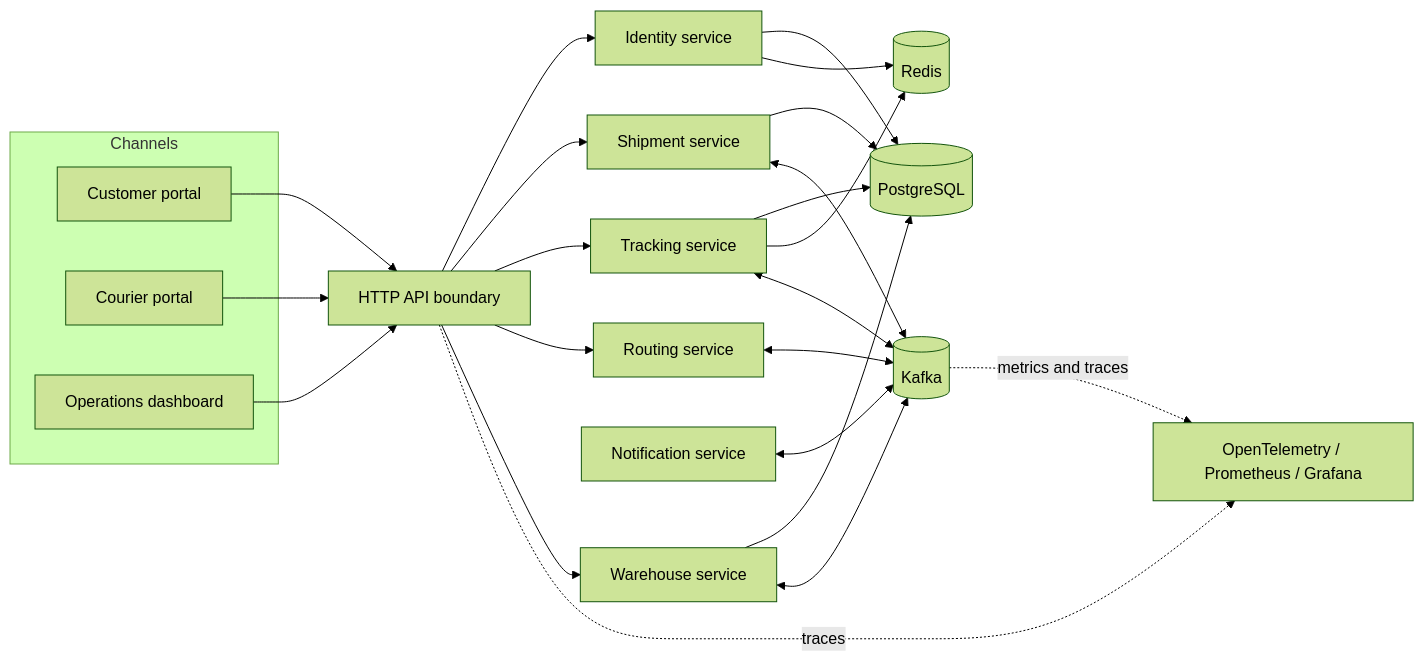
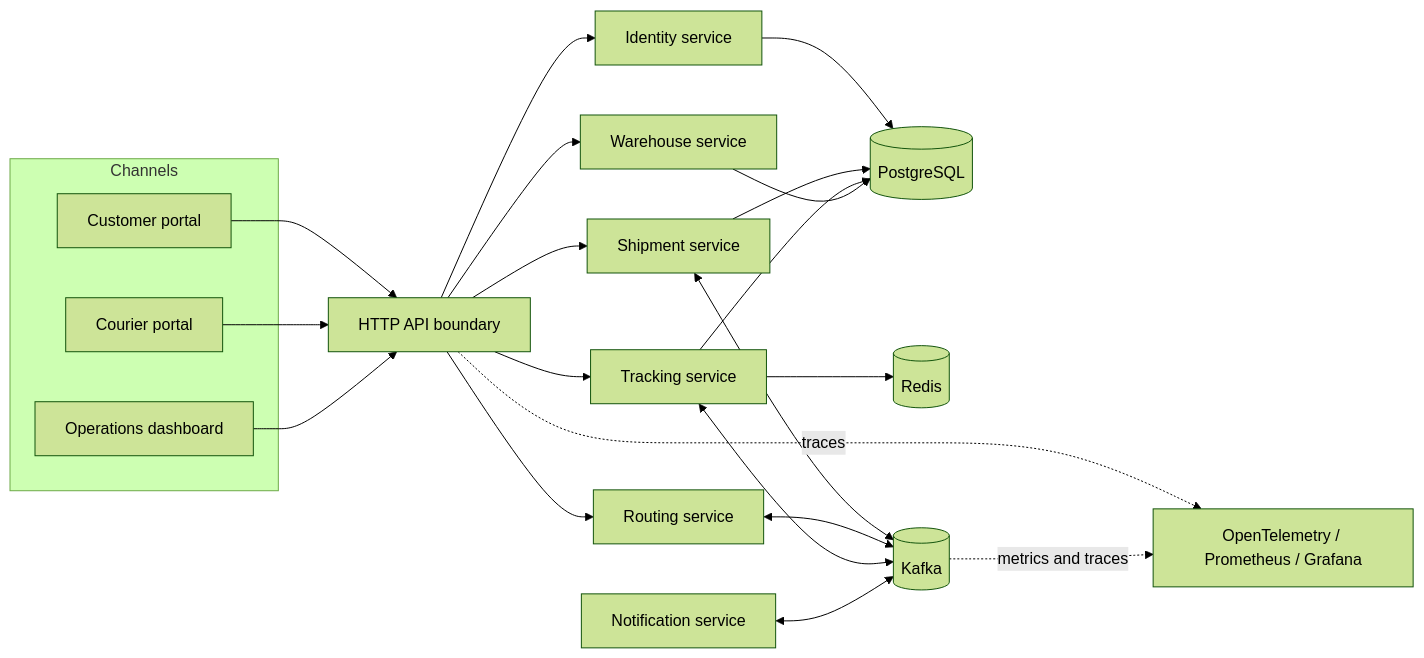
Before and after one commit to RadoFeev/UrbanFlow-Quality-Engineering-Platform: the first of 5 diagrams in README.md, drawn with Mermaid (forest theme). The commit also changed other lines of this file and 15 other files, not shown here.

````diff
--- a/README.md
+++ b/README.md
@@ -23,41 +26,39 @@
 ```mermaid
 flowchart LR
     subgraph Channels
         CP[Customer portal]
         CR[Courier portal]
         OD[Operations dashboard]
     end
     GW[HTTP API boundary]
     ID[Identity service]
     SH[Shipment service]
     TR[Tracking service]
     RT[Routing service]
     NT[Notification service]
     WH[Warehouse service]
     PG[(PostgreSQL)]
     RD[(Redis)]
     KF[(Kafka)]
     OBS[OpenTelemetry / Prometheus / Grafana]
 
     CP --> GW
     CR --> GW
     OD --> GW
     GW --> ID
     GW --> SH
     GW --> TR
     GW --> RT
     GW --> WH
     ID --> PG
     SH --> PG
     TR --> PG
     WH --> PG
-    ID --> RD
     TR --> RD
     SH <--> KF
     RT <--> KF
     TR <--> KF
     NT <--> KF
-    WH <--> KF
     GW -. traces .-> OBS
     KF -. metrics and traces .-> OBS
 ```
````
